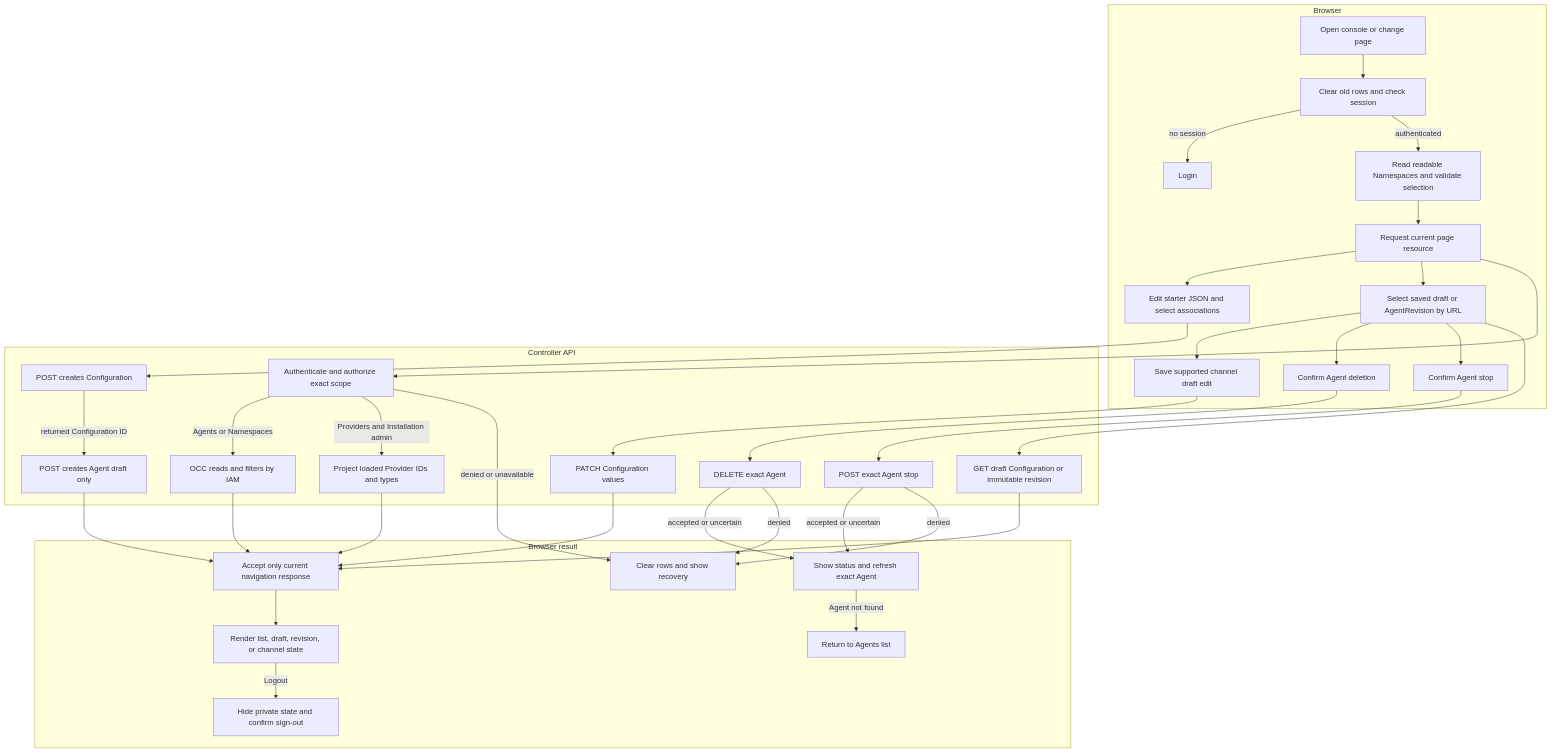
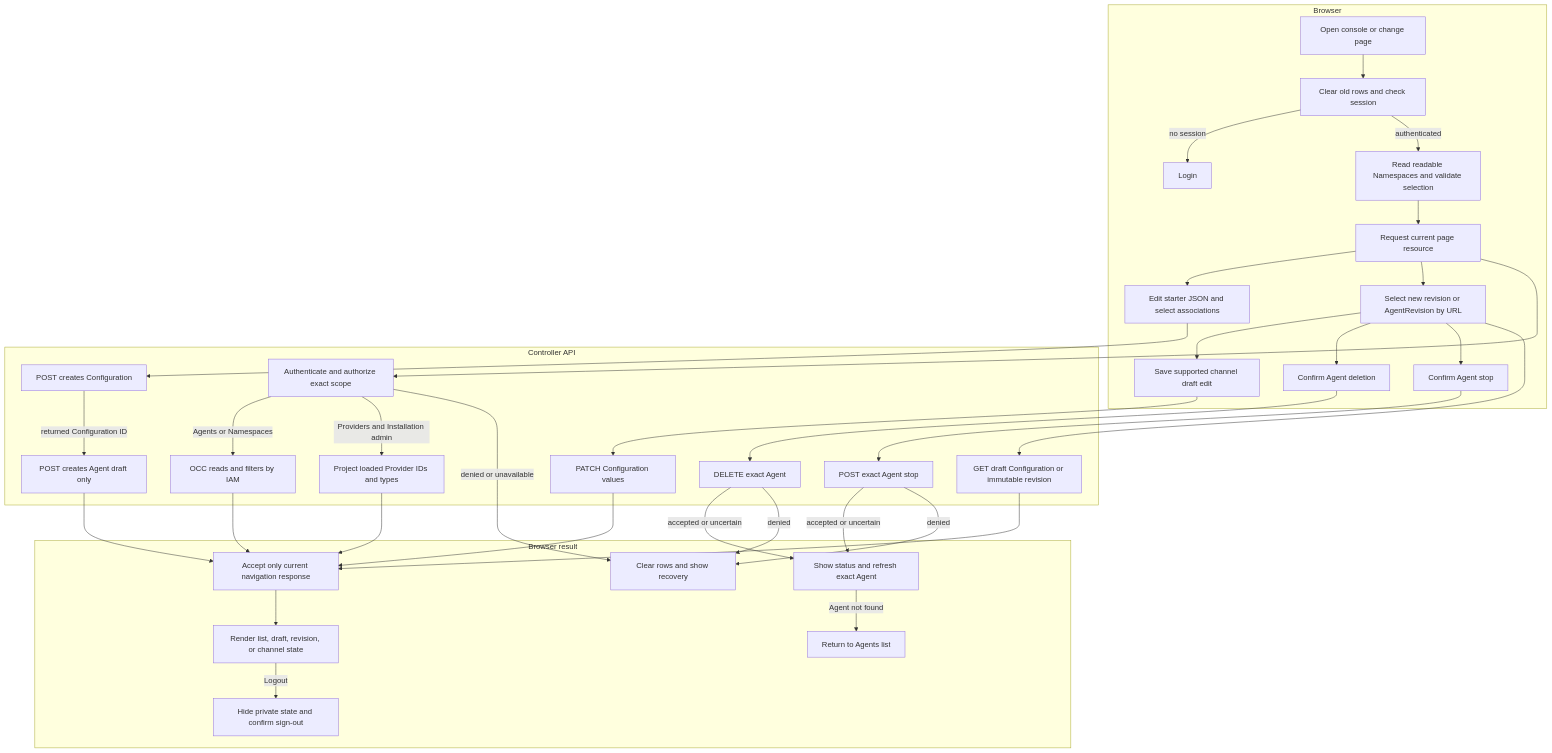
One commit to openclaw/openclaw-enterprise changed the diagram in docs/flows/platform-console.md. Above: the diagram before and after it, drawn with Mermaid. The commit also changed other lines of this file and 24 other files, not shown here.

````diff
--- a/docs/flows/platform-console.md
+++ b/docs/flows/platform-console.md
@@ -42,40 +42,40 @@
 ```mermaid
 graph TD
   subgraph Browser["Browser"]
     A["Open console or change page"] --> B["Clear old rows and check session"]
     B -->|no session| C["Login"]
     B -->|authenticated| D["Read readable Namespaces and validate selection"]
     D --> E["Request current page resource"]
     E --> E1["Edit starter JSON and select associations"]
-    E --> E2["Select saved draft or AgentRevision by URL"]
+    E --> E2["Select new revision or AgentRevision by URL"]
     E2 --> E3["Save supported channel draft edit"]
     E2 --> E4["Confirm Agent deletion"]
     E2 --> E5["Confirm Agent stop"]
   end
   subgraph Controller["Controller API"]
     E --> F["Authenticate and authorize exact scope"]
     F -->|Agents or Namespaces| G["OCC reads and filters by IAM"]
     F -->|Providers and Installation admin| H["Project loaded Provider IDs and types"]
     E1 --> M1["POST creates Configuration"]
     M1 -->|returned Configuration ID| M["POST creates Agent draft only"]
     E2 --> N["GET draft Configuration or immutable revision"]
     E3 --> O["PATCH Configuration values"]
     E4 --> P["DELETE exact Agent"]
     E5 --> P2["POST exact Agent stop"]
   end
   subgraph Result["Browser result"]
     G --> I["Accept only current navigation response"]
     H --> I
     M --> I
     N --> I
     O --> I
     P -->|accepted or uncertain| Q["Show status and refresh exact Agent"]
     P2 -->|accepted or uncertain| Q
     P2 -->|denied| K
     P -->|denied| K
     Q -->|Agent not found| R["Return to Agents list"]
     I --> J["Render list, draft, revision, or channel state"]
     F -->|denied or unavailable| K["Clear rows and show recovery"]
     J -->|Logout| L["Hide private state and confirm sign-out"]
   end
 ```
````
